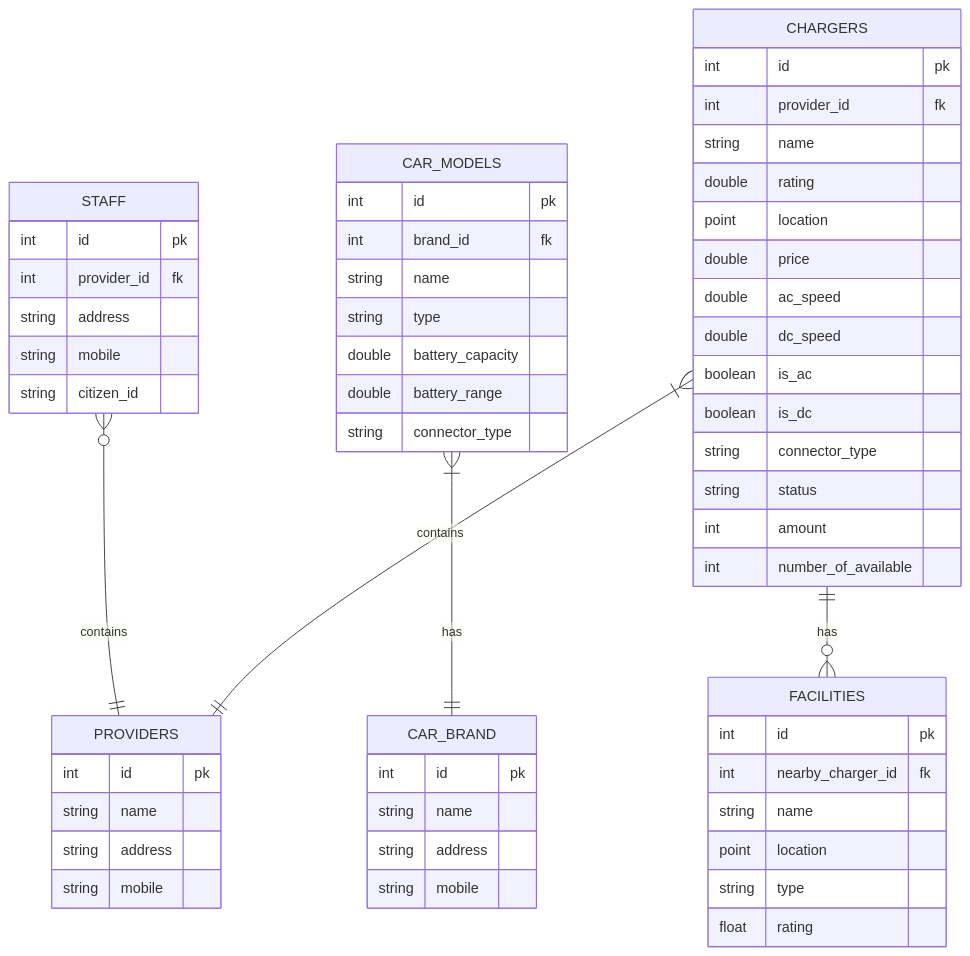
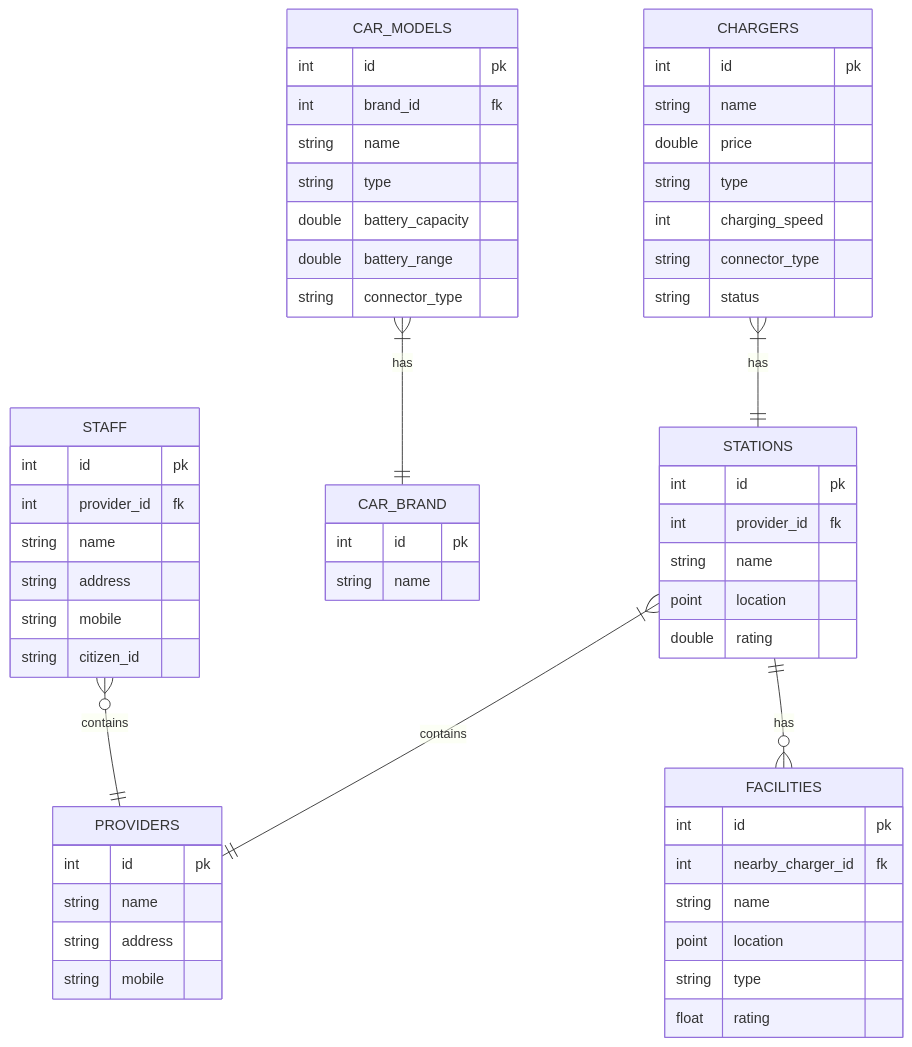
Before and after one commit to ongzasad/ev-trip-planner: the diagram in db.md, drawn with Mermaid.

````diff
--- a/db.md
+++ b/db.md
@@ -2,60 +2,60 @@
 ```mermaid
     erDiagram
         STAFF {
             int id pk
             int provider_id fk
+            string name
             string address
             string mobile
             string citizen_id
         }
         PROVIDERS {
             int id pk
             string name
             string address
             string mobile
         }
         CAR_MODELS {
             int id pk
             int brand_id fk
             string name
             string type
             double battery_capacity
             double battery_range
             string connector_type
         }
         CAR_BRAND {
             int id pk
             string name
-            string address
-            string mobile
         }
         FACILITIES {
             int id pk
             int nearby_charger_id fk
             string name
             point location
             string type
             float rating
         }
         CHARGERS {
             int id pk
+            string name
+            double price
+            string type
+            int charging_speed
+            string connector_type
+            string status
+        }
+        STATIONS {
+            int id pk
             int provider_id fk
             string name
+            point location
             double rating
-            point location
-            double price
-            double ac_speed
-            double dc_speed
-            boolean is_ac
-            boolean is_dc
-            string connector_type
-            string status
-            int amount
-            int number_of_available
         }
 
         STAFF o{--|| PROVIDERS : contains
-        CHARGERS |{--|| PROVIDERS : contains
+        STATIONS |{--|| PROVIDERS : contains
         CAR_MODELS |{--|| CAR_BRAND : has
-        CHARGERS ||--o{ FACILITIES : has
+        STATIONS ||--o{ FACILITIES : has
+        CHARGERS |{--|| STATIONS : has
 ```     
````
